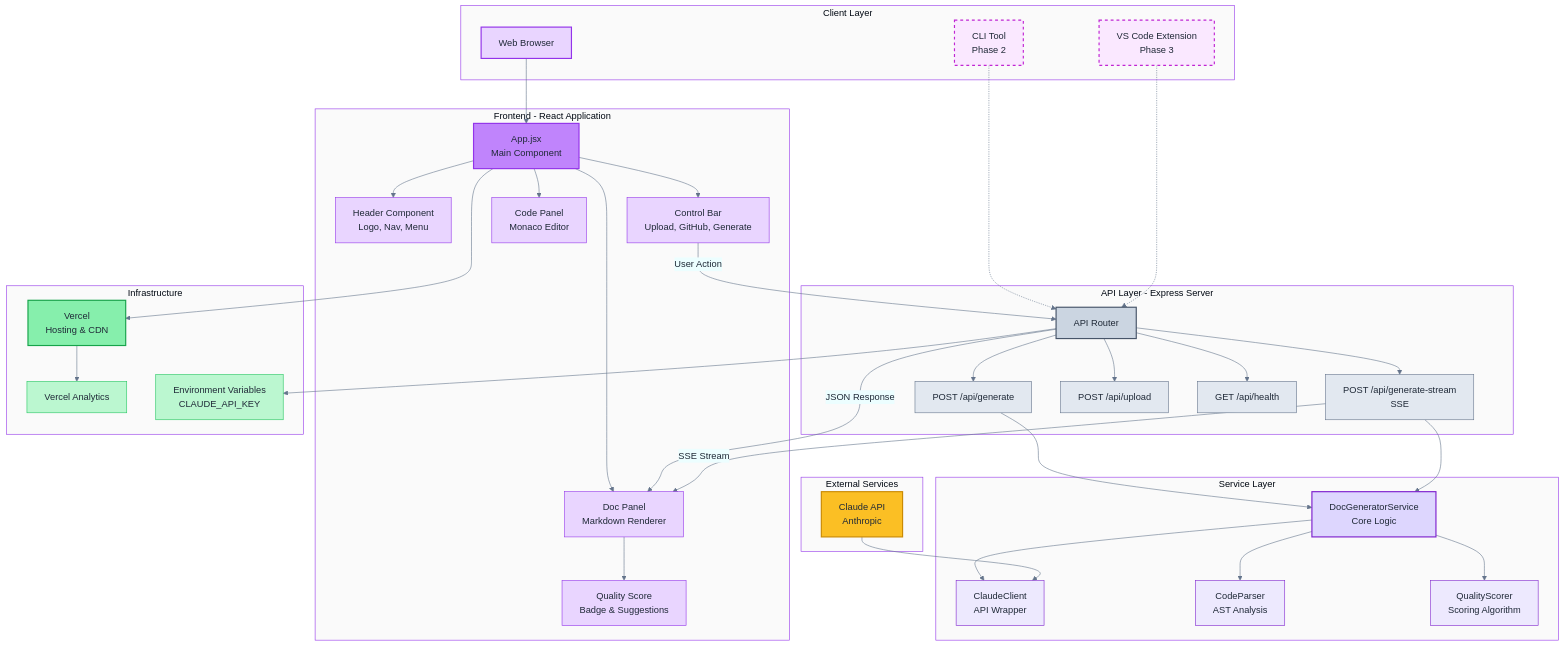
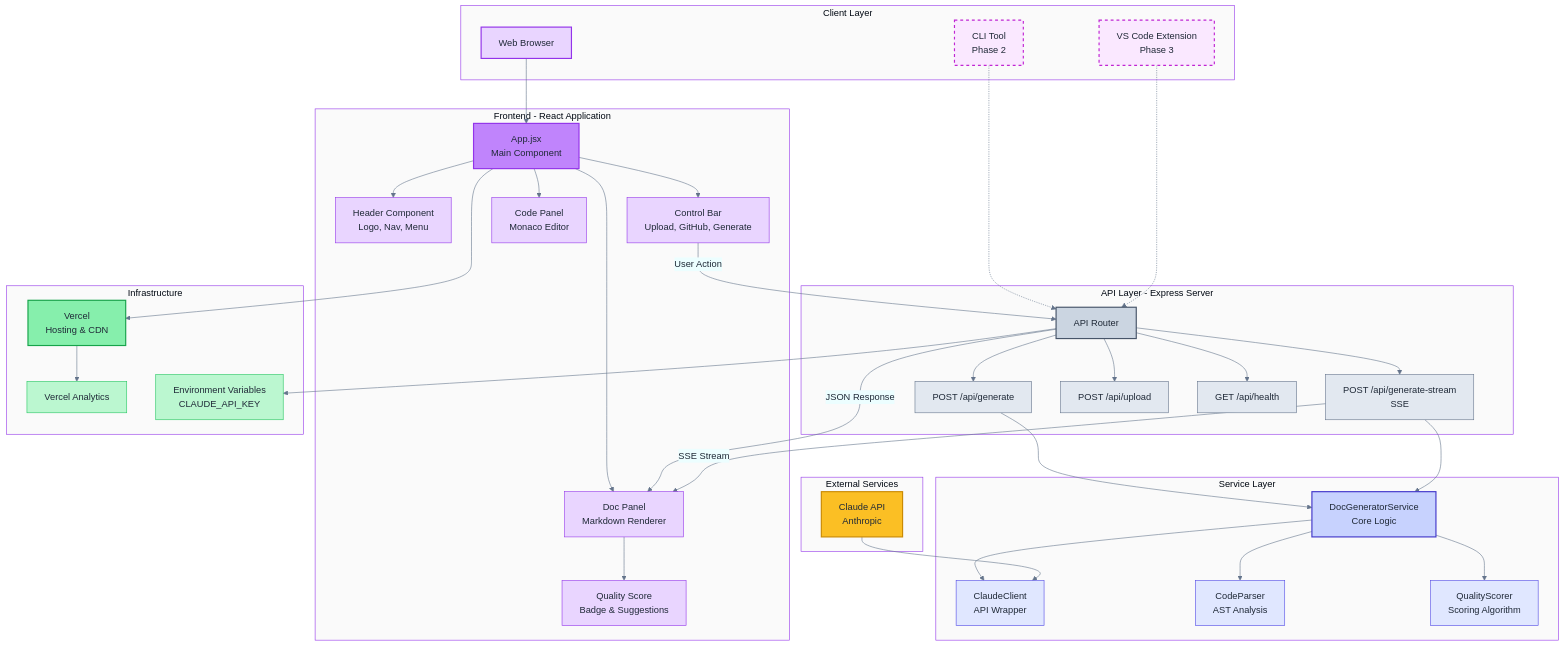
One commit to jmcoleman/codescribe-ai changed the diagram in docs/architecture/04-Architecture.md. Above: the diagram before and after it, drawn with Mermaid. The commit also changed other lines of this file and 5 other files, not shown here.

```diff
--- a/docs/architecture/04-Architecture.md
+++ b/docs/architecture/04-Architecture.md
@@ -92,10 +92,10 @@
     style StreamRoute fill:#e2e8f0,stroke:#64748b
     style UploadRoute fill:#e2e8f0,stroke:#64748b
     style HealthRoute fill:#e2e8f0,stroke:#64748b
-    style DocGen fill:#ddd6fe,stroke:#7e22ce,stroke-width:2px
-    style ClaudeClient fill:#ede9fe,stroke:#7e22ce
-    style CodeParser fill:#ede9fe,stroke:#7e22ce
-    style QualityScorer fill:#ede9fe,stroke:#7e22ce
+    style DocGen fill:#c7d2fe,stroke:#4338ca,stroke-width:2px
+    style ClaudeClient fill:#e0e7ff,stroke:#4f46e5
+    style CodeParser fill:#e0e7ff,stroke:#4f46e5
+    style QualityScorer fill:#e0e7ff,stroke:#4f46e5
     style Claude fill:#fbbf24,stroke:#ca8a04,stroke-width:2px
     style Vercel fill:#86efac,stroke:#16a34a,stroke-width:2px
     style Analytics fill:#bbf7d0,stroke:#22c55e
```
